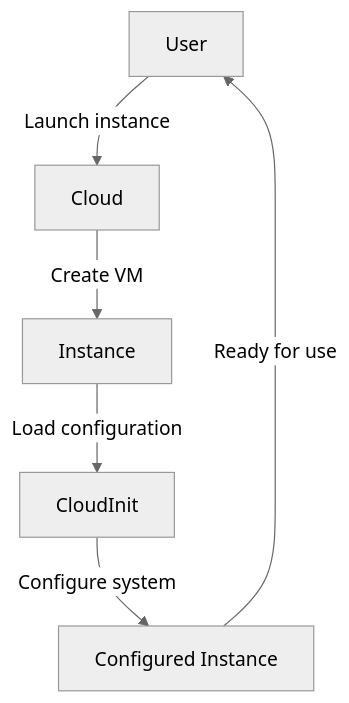
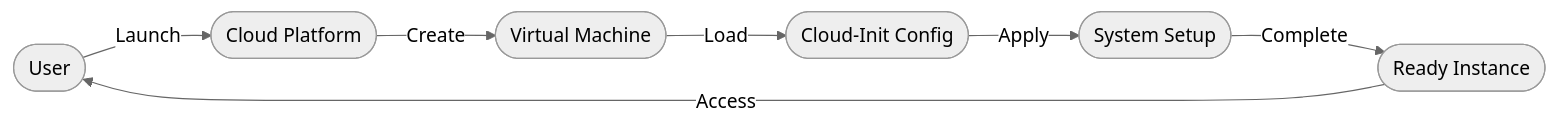
Before and after one commit to rbcmgs/cloud-init-library: the third of 3 diagrams in README.md, drawn with Mermaid (neutral theme). The commit also changed other lines of this file, not shown here.

Commit message:
Update flowchart direction and improve workflow diagram in README.md for clarity and consistency

````diff
--- a/README.md
+++ b/README.md
@@ -60,8 +60,9 @@
 ```mermaid
-flowchart TB
-  User[User] -->|Launch instance| Cloud[Cloud]
-  Cloud -->|Create VM| Instance[Instance]
-  Instance -->|Load configuration| CloudInit[CloudInit]
-  CloudInit -->|Configure system| ConfiguredInstance[Configured Instance]
-  ConfiguredInstance -->|Ready for use| User
+flowchart LR
+  User([User]) --> |Launch|Cloud([Cloud Platform])
+  Cloud --> |Create|Instance([Virtual Machine])
+  Instance --> |Load|Config([Cloud-Init Config])
+  Config --> |Apply|System([System Setup])
+  System --> |Complete|Ready([Ready Instance])
+  Ready --> |Access|User
 ```
````
